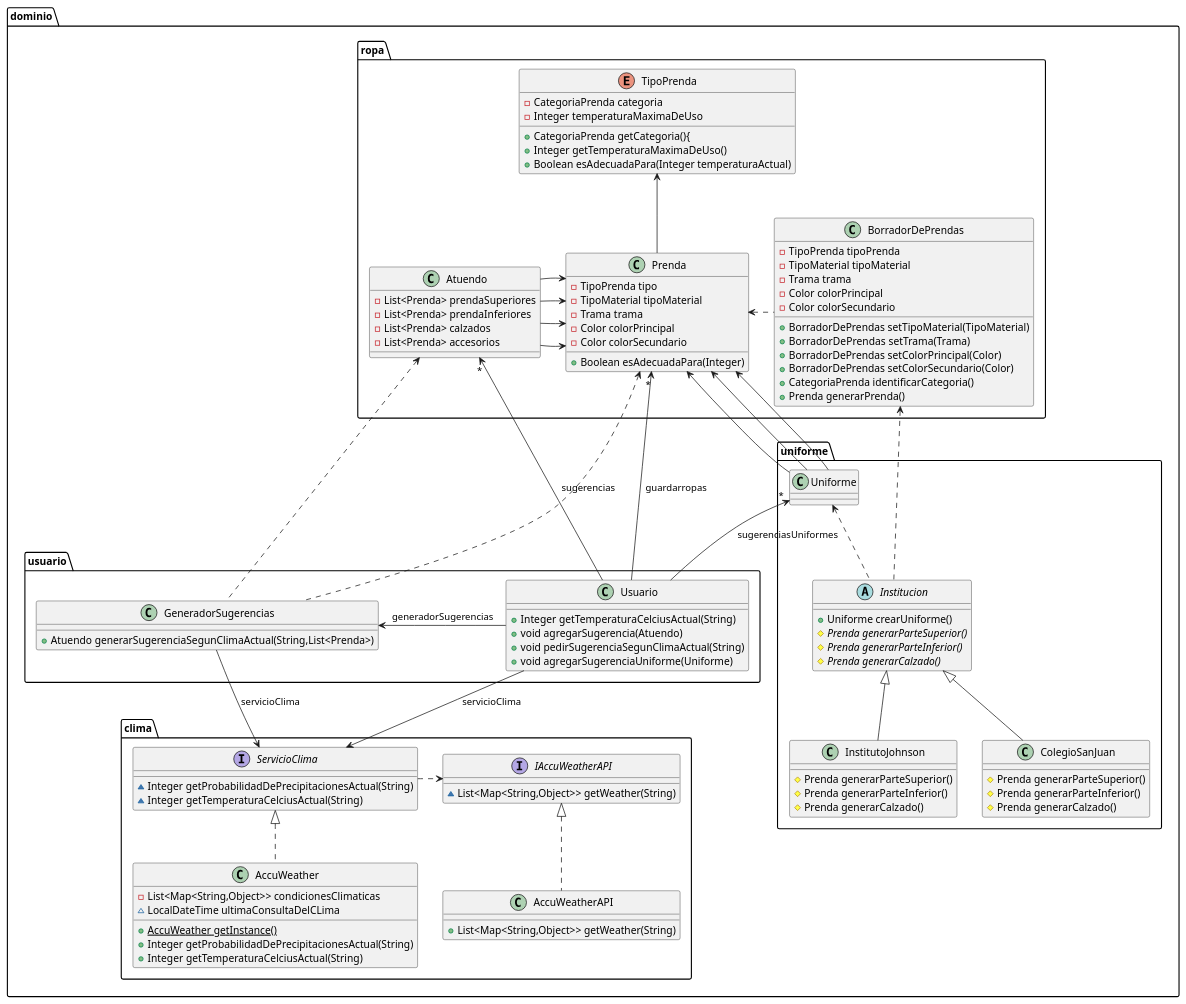
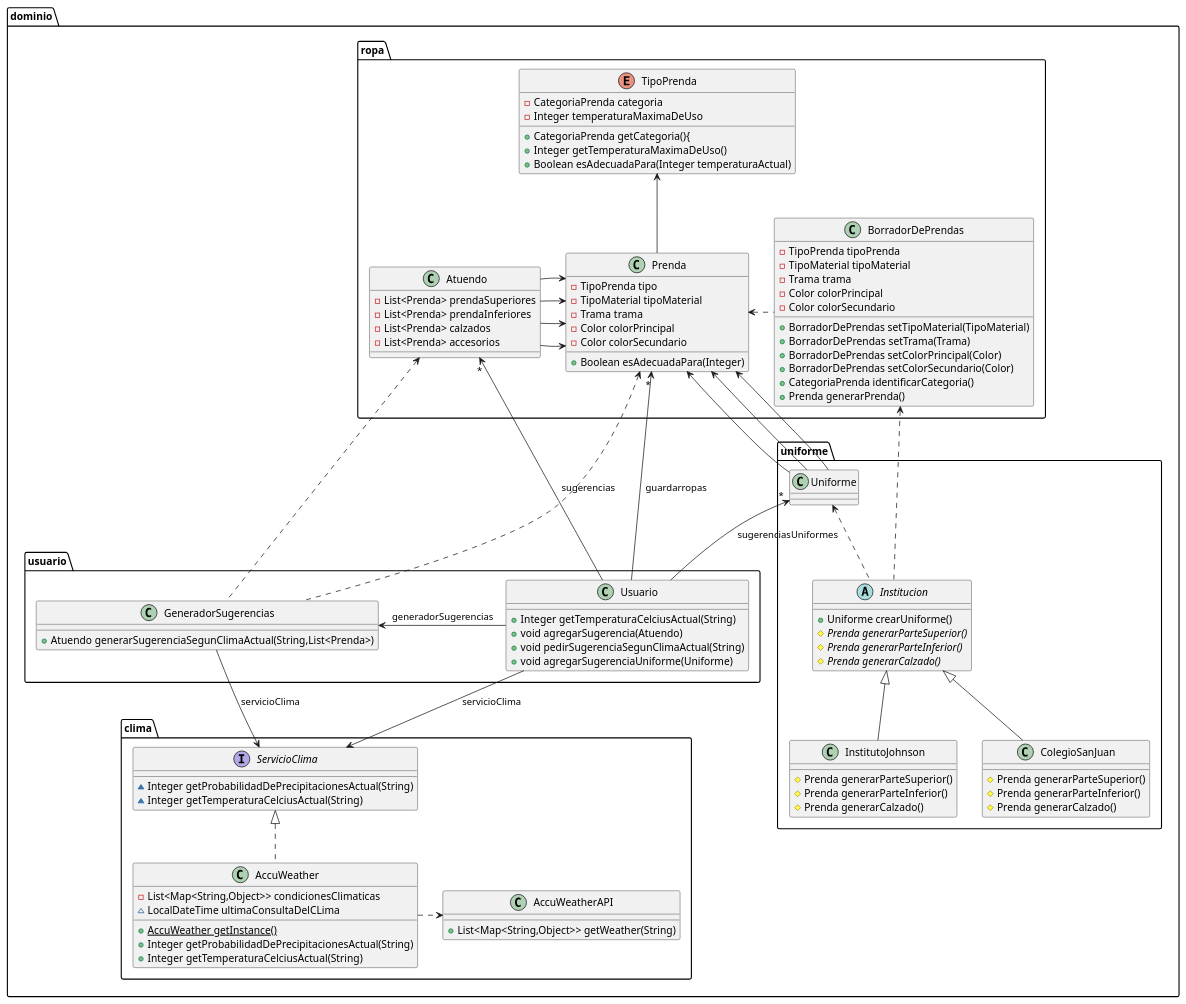
One commit to AlejandroDeheza/QMP changed the diagram in diagramas/qmp4.puml. Above: the diagram before and after it, drawn with PlantUML. The commit also changed 5 other files, not shown here.

Commit message:
Cambio un detalle de los diagramas

```diff
--- a/diagramas/qmp4.puml
+++ b/diagramas/qmp4.puml
@@ -1,109 +1,105 @@
 @startuml
 abstract class dominio.uniforme.Institucion {
 + Uniforme crearUniforme()
 # {abstract}Prenda generarParteSuperior()
 # {abstract}Prenda generarParteInferior()
 # {abstract}Prenda generarCalzado()
 }
 class dominio.clima.AccuWeatherAPI {
 + List<Map<String,Object>> getWeather(String)
-}
-interface dominio.clima.IAccuWeatherAPI {
-~ List<Map<String,Object>> getWeather(String)
 }
 class dominio.uniforme.InstitutoJohnson {
 # Prenda generarParteSuperior()
 # Prenda generarParteInferior()
 # Prenda generarCalzado()
 }
 class dominio.usuario.Usuario {
 + Integer getTemperaturaCelciusActual(String)
 + void agregarSugerencia(Atuendo)
 + void pedirSugerenciaSegunClimaActual(String)
 + void agregarSugerenciaUniforme(Uniforme)
 }
 class dominio.ropa.BorradorDePrendas {
 - TipoPrenda tipoPrenda
 - TipoMaterial tipoMaterial
 - Trama trama
 - Color colorPrincipal
 - Color colorSecundario
 + BorradorDePrendas setTipoMaterial(TipoMaterial)
 + BorradorDePrendas setTrama(Trama)
 + BorradorDePrendas setColorPrincipal(Color)
 + BorradorDePrendas setColorSecundario(Color)
 + CategoriaPrenda identificarCategoria()
 + Prenda generarPrenda()
 }
 class dominio.clima.AccuWeather {
 - List<Map<String,Object>> condicionesClimaticas
 ~ LocalDateTime ultimaConsultaDelCLima
 + {static} AccuWeather getInstance()
 + Integer getProbabilidadDePrecipitacionesActual(String)
 + Integer getTemperaturaCelciusActual(String)
 }
 class dominio.uniforme.ColegioSanJuan {
 # Prenda generarParteSuperior()
 # Prenda generarParteInferior()
 # Prenda generarCalzado()
 }
 class dominio.usuario.GeneradorSugerencias {
 + Atuendo generarSugerenciaSegunClimaActual(String,List<Prenda>)
 }
 interface dominio.clima.ServicioClima {
 ~ Integer getProbabilidadDePrecipitacionesActual(String)
 ~ Integer getTemperaturaCelciusActual(String)
 }
 class dominio.uniforme.Uniforme {
 }
 class dominio.ropa.Prenda {
 - TipoPrenda tipo
 - TipoMaterial tipoMaterial
 - Trama trama
 - Color colorPrincipal
 - Color colorSecundario
 + Boolean esAdecuadaPara(Integer)
 }
 class dominio.ropa.Atuendo {
 - List<Prenda> prendaSuperiores
 - List<Prenda> prendaInferiores
 - List<Prenda> calzados
 - List<Prenda> accesorios
 }
 
 enum dominio.ropa.TipoPrenda {
 - CategoriaPrenda categoria
 - Integer temperaturaMaximaDeUso
 + CategoriaPrenda getCategoria(){
 + Integer getTemperaturaMaximaDeUso()
 + Boolean esAdecuadaPara(Integer temperaturaActual)
 }
 
 dominio.ropa.TipoPrenda <--down dominio.ropa.Prenda
 
 dominio.uniforme.Institucion <|-- dominio.uniforme.InstitutoJohnson
 dominio.uniforme.Institucion <|-- dominio.uniforme.ColegioSanJuan
 dominio.ropa.Prenda <-- dominio.uniforme.Uniforme
 dominio.ropa.Prenda <-- dominio.uniforme.Uniforme
 dominio.ropa.Prenda <-- dominio.uniforme.Uniforme
 dominio.ropa.Prenda <--left dominio.ropa.Atuendo
 dominio.ropa.Prenda <-- dominio.ropa.Atuendo
 dominio.ropa.Prenda <-- dominio.ropa.Atuendo
 dominio.ropa.Prenda <-- dominio.ropa.Atuendo
 dominio.uniforme.Uniforme "*" <-- dominio.usuario.Usuario: sugerenciasUniformes
 dominio.uniforme.Uniforme <.. dominio.uniforme.Institucion
 dominio.ropa.BorradorDePrendas <.. dominio.uniforme.Institucion
 dominio.ropa.Prenda <..right dominio.ropa.BorradorDePrendas
 
 dominio.ropa.Prenda "*" <-- dominio.usuario.Usuario: guardarropas
 dominio.ropa.Atuendo "*" <-- dominio.usuario.Usuario: sugerencias
 dominio.usuario.GeneradorSugerencias <--left dominio.usuario.Usuario: generadorSugerencias
 dominio.clima.ServicioClima <--up dominio.usuario.Usuario: servicioClima
 dominio.clima.ServicioClima <--up dominio.usuario.GeneradorSugerencias: servicioClima
-dominio.clima.IAccuWeatherAPI <..left dominio.clima.ServicioClima
 dominio.ropa.Atuendo <.. dominio.usuario.GeneradorSugerencias
 dominio.ropa.Prenda <.. dominio.usuario.GeneradorSugerencias
 
-dominio.clima.IAccuWeatherAPI <|.. dominio.clima.AccuWeatherAPI
+dominio.clima.AccuWeatherAPI <..left dominio.clima.AccuWeather
 dominio.clima.ServicioClima <|.. dominio.clima.AccuWeather
 @enduml
```
